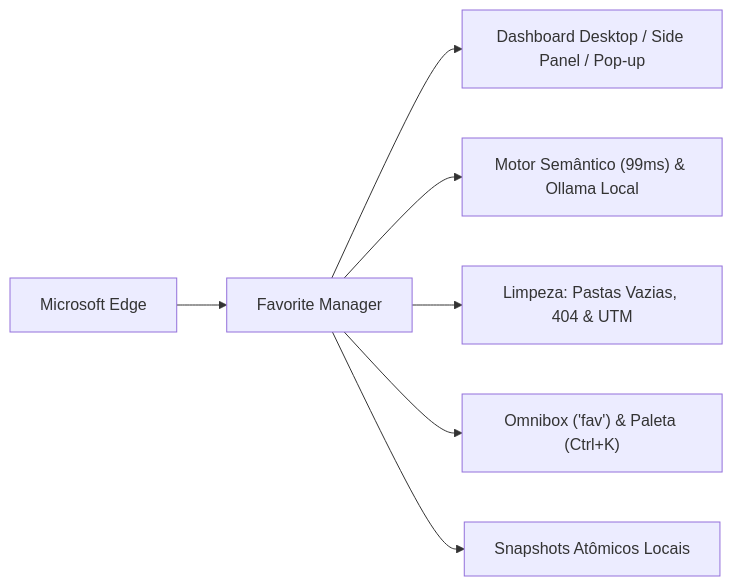
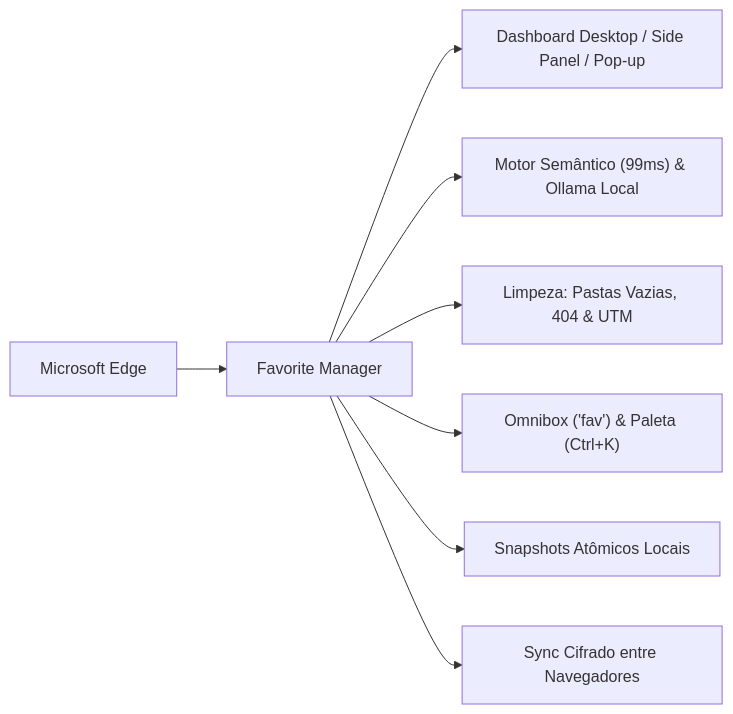
The diagram in README.md (Neguchads/favorite-manager), drawn with Mermaid before and after one commit. The commit also changed other lines of this file and 1 other file, not shown here.

Commit message:
docs: update project docs for permissions, sync encryption and tooling

````diff
--- a/README.md
+++ b/README.md
@@ -13,9 +13,10 @@
 ```mermaid
 graph LR
-  Edge["Microsoft Edge"] --> EFM["Favorite Manager"]
-  EFM --> UI["Dashboard Desktop / Side Panel / Pop-up"]
-  EFM --> AI["Motor Semântico (99ms) & Ollama Local"]
-  EFM --> Clean["Limpeza: Pastas Vazias, 404 & UTM"]
-  EFM --> Quick["Omnibox ('fav') & Paleta (Ctrl+K)"]
-  EFM --> Safe["Snapshots Atômicos Locais"]
+  Edge["Microsoft Edge"] --> FM["Favorite Manager"]
+  FM --> UI["Dashboard Desktop / Side Panel / Pop-up"]
+  FM --> AI["Motor Semântico (99ms) & Ollama Local"]
+  FM --> Clean["Limpeza: Pastas Vazias, 404 & UTM"]
+  FM --> Quick["Omnibox ('fav') & Paleta (Ctrl+K)"]
+  FM --> Safe["Snapshots Atômicos Locais"]
+  FM --> Sync["Sync Cifrado entre Navegadores"]
 ```
````
